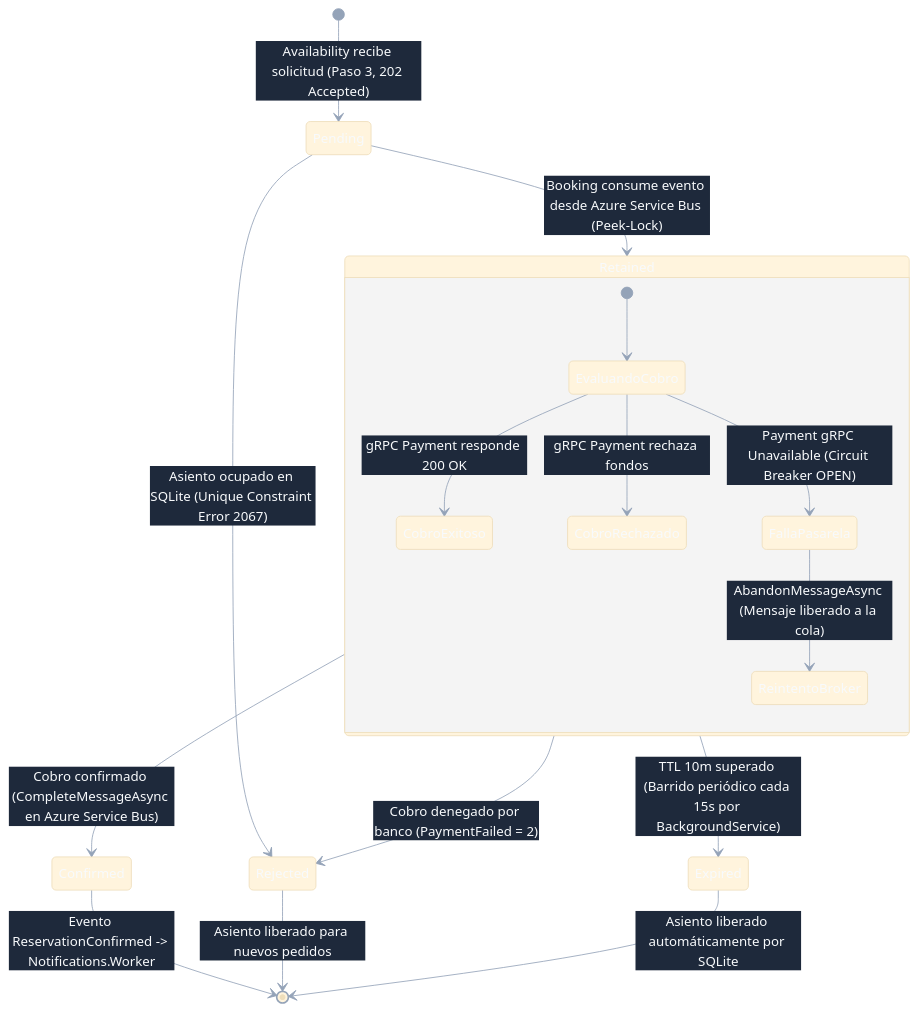
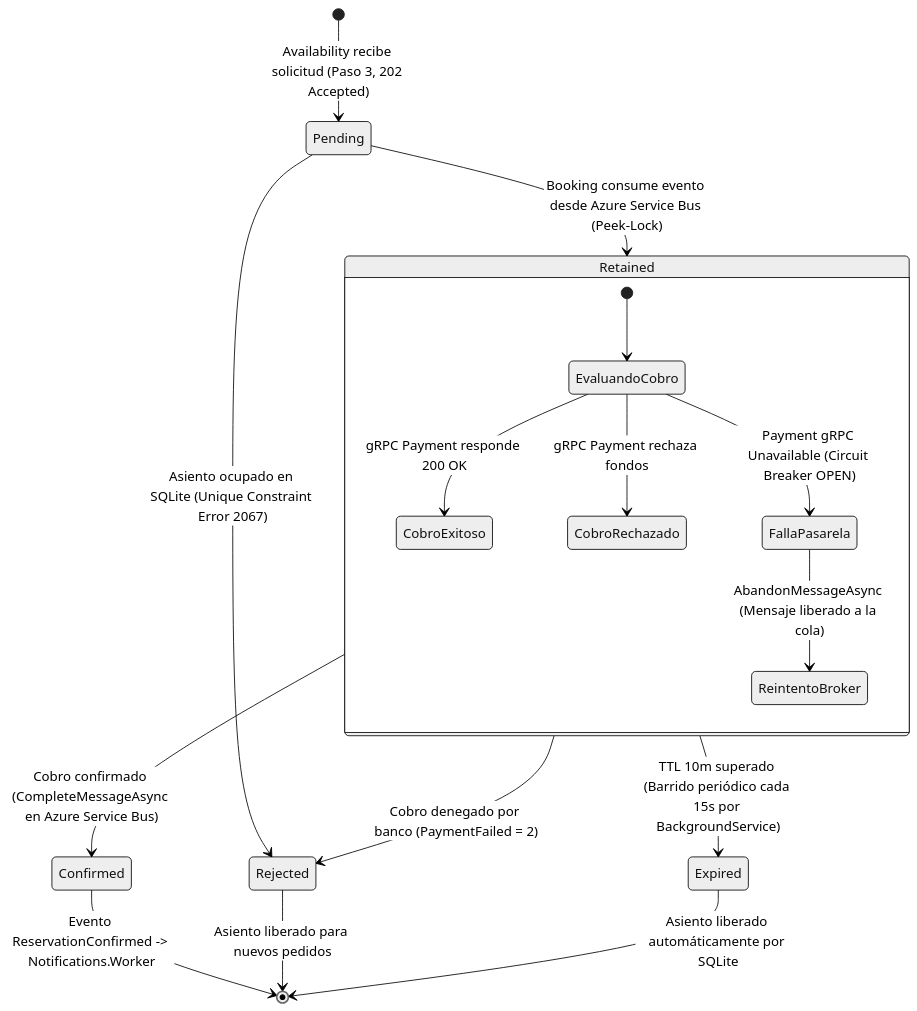
Before and after one commit to arza-developer/tp-distribuidos-grupo2-asientos: the diagram in docs/diagramas/maquina_estados_reserva.md, drawn with Mermaid. The commit also changed other lines of this file and 11 other files, not shown here.

Commit message:
docs: corregir contraste neutral mermaid, eliminar inconsistencias y sincronizar e2e

````diff
--- a/docs/diagramas/maquina_estados_reserva.md
+++ b/docs/diagramas/maquina_estados_reserva.md
@@ -5,24 +5,24 @@
 ```mermaid
-%%{init: {'theme': 'base', 'themeVariables': { 'primaryTextColor': '#f8fafc', 'edgeLabelBackground': '#1e293b', 'lineColor': '#94a3b8' }}}%%
+%%{init: {'theme': 'neutral'}}%%
 stateDiagram-v2
     [*] --> Pending : Availability recibe solicitud (Paso 3, 202 Accepted)
     
     Pending --> Retained : Booking consume evento desde Azure Service Bus (Peek-Lock)
     Pending --> Rejected : Asiento ocupado en SQLite (Unique Constraint Error 2067)
 
     state Retained {
         [*] --> EvaluandoCobro
         EvaluandoCobro --> CobroExitoso : gRPC Payment responde 200 OK
         EvaluandoCobro --> CobroRechazado : gRPC Payment rechaza fondos
         EvaluandoCobro --> FallaPasarela : Payment gRPC Unavailable (Circuit Breaker OPEN)
         FallaPasarela --> ReintentoBroker : AbandonMessageAsync (Mensaje liberado a la cola)
     }
 
     Retained --> Confirmed : Cobro confirmado (CompleteMessageAsync en Azure Service Bus)
     Retained --> Rejected : Cobro denegado por banco (PaymentFailed = 2)
     Retained --> Expired : TTL 10m superado (Barrido periódico cada 15s por BackgroundService)
 
     Confirmed --> [*] : Evento ReservationConfirmed -> Notifications.Worker
     Rejected --> [*] : Asiento liberado para nuevos pedidos
     Expired --> [*] : Asiento liberado automáticamente por SQLite
 ```
````
